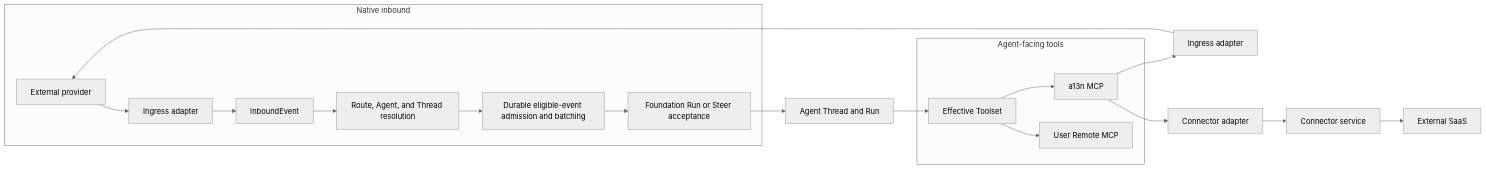
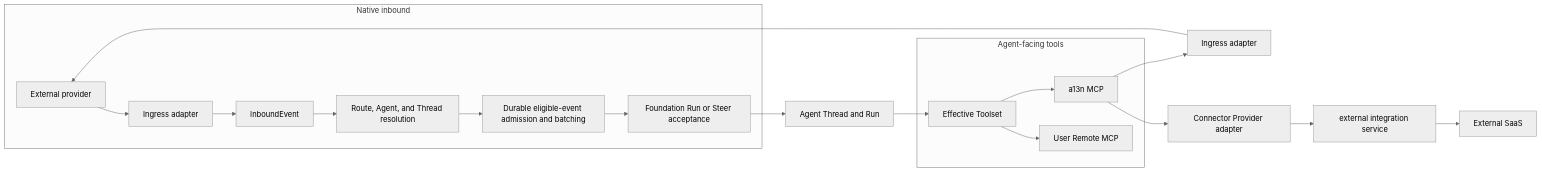
One commit to LTThreeComma/agent-foundation changed the diagram in spec/foundation-service/40-connectivity/00-overview.md. Above: the diagram before and after it, drawn with Mermaid (neutral theme). The commit also changed other lines of this file and 22 other files, not shown here.

````diff
--- a/spec/foundation-service/40-connectivity/00-overview.md
+++ b/spec/foundation-service/40-connectivity/00-overview.md
@@ -67,24 +69,24 @@
 ```mermaid
 flowchart LR
     subgraph Inbound[Native inbound]
         Provider[External provider] --> IngressAdapter[Ingress adapter]
         IngressAdapter --> Event[InboundEvent]
         Event --> Route[Route, Agent, and Thread resolution]
         Route --> Admission[Durable eligible-event admission and batching]
         Admission --> Input[Foundation Run or Steer acceptance]
     end
 
     Input --> Run[Agent Thread and Run]
 
     subgraph AgentTools[Agent-facing tools]
         Toolset[Effective Toolset]
         A13nMCP[a13n MCP]
         RemoteMCP[User Remote MCP]
         Toolset --> A13nMCP
         Toolset --> RemoteMCP
     end
 
     Run --> Toolset
     A13nMCP --> NativeAdapter[Ingress adapter] --> Provider
-    A13nMCP --> ConnectorAdapter[Connector adapter] --> ConnectorService[Connector service] --> SaaS[External SaaS]
+    A13nMCP --> ConnectorAdapter[Connector Provider adapter] --> ConnectorService[external integration service] --> SaaS[External SaaS]
 ```
````
